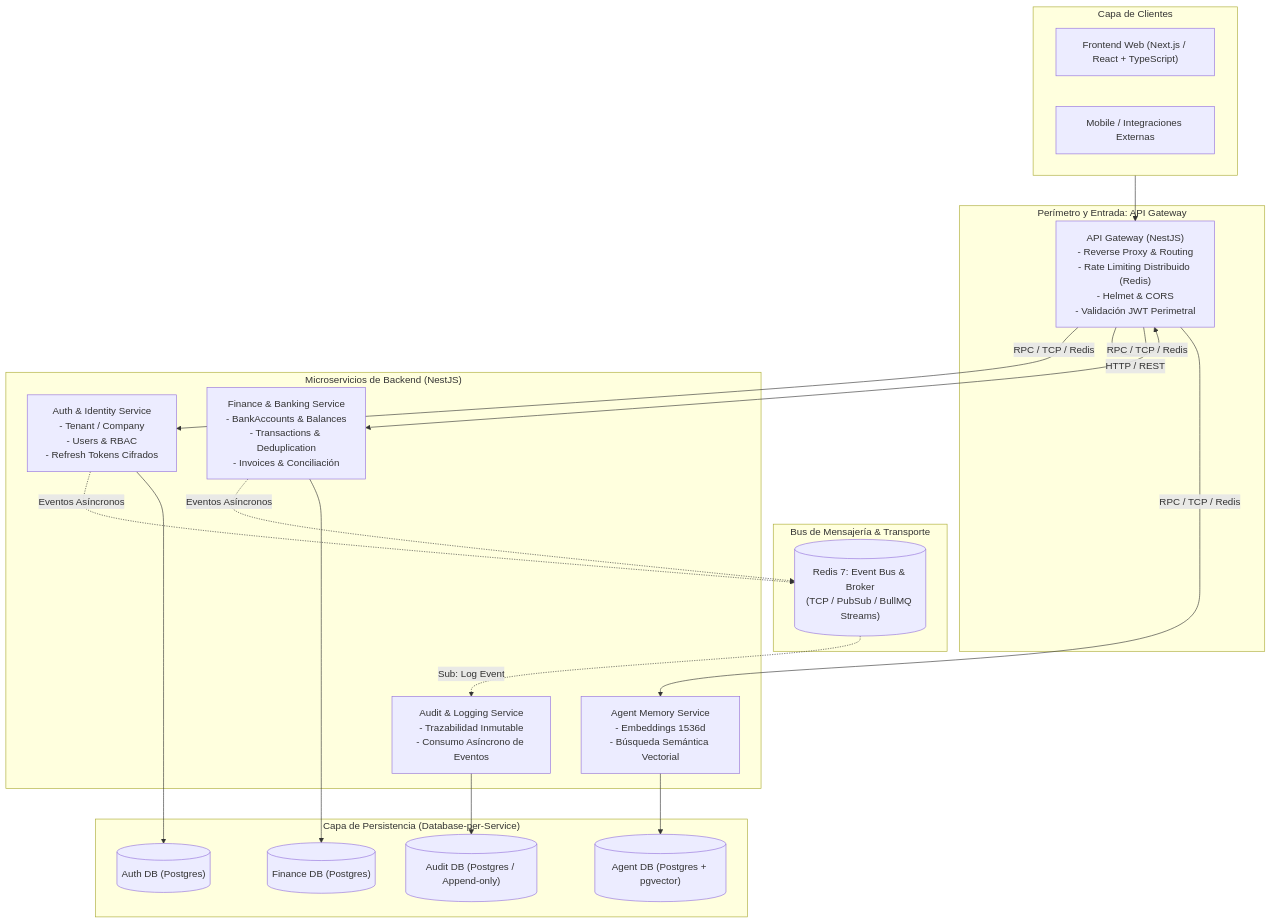
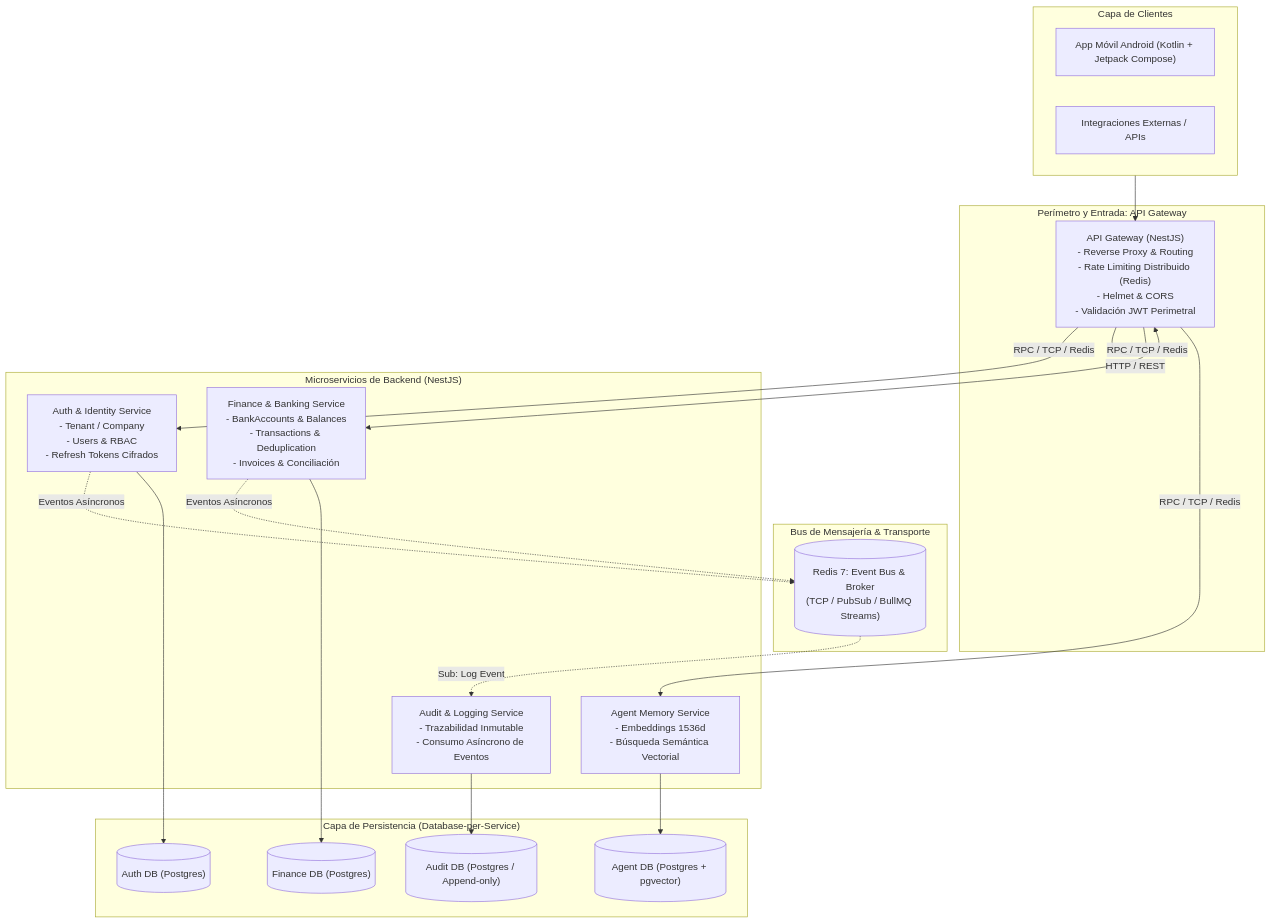
Before and after one commit to CoffeLovers/mybusiness: the diagram in README.md, drawn with Mermaid. The commit also changed other lines of this file and 71 other files, not shown here.

First line of the commit message:
chore(monorepo): scaffold NestJS microservices and align docs with Kotlin mobile client (#17)

````diff
--- a/README.md
+++ b/README.md
@@ -18,59 +18,59 @@
 ```mermaid
 flowchart TD
     subgraph Clients ["Capa de Clientes"]
-        WebClient["Frontend Web (Next.js / React + TypeScript)"]
-        MobileClient["Mobile / Integraciones Externas"]
+        MobileClient["App Móvil Android (Kotlin + Jetpack Compose)"]
+        ExternalClient["Integraciones Externas / APIs"]
     end
 
     subgraph GatewayLayer ["Perímetro y Entrada: API Gateway"]
         Gateway["API Gateway (NestJS)
 - Reverse Proxy & Routing
 - Rate Limiting Distribuido (Redis)
 - Helmet & CORS
 - Validación JWT Perimetral"]
     end
 
     subgraph EventBroker ["Bus de Mensajería & Transporte"]
         RedisBus[("Redis 7: Event Bus & Broker
 (TCP / PubSub / BullMQ Streams)")]
     end
 
     subgraph Microservices ["Microservicios de Backend (NestJS)"]
         AuthService["Auth & Identity Service
 - Tenant / Company
 - Users & RBAC
 - Refresh Tokens Cifrados"]
         FinanceService["Finance & Banking Service
 - BankAccounts & Balances
 - Transactions & Deduplication
 - Invoices & Conciliación"]
         AgentService["Agent Memory Service
 - Embeddings 1536d
 - Búsqueda Semántica Vectorial"]
         AuditService["Audit & Logging Service
 - Trazabilidad Inmutable
 - Consumo Asíncrono de Eventos"]
     end
 
     subgraph Persistence ["Capa de Persistencia (Database-per-Service)"]
         AuthDB[("Auth DB (Postgres)")]
         FinanceDB[("Finance DB (Postgres)")]
         AgentDB[("Agent DB (Postgres + pgvector)")]
         AuditDB[("Audit DB (Postgres / Append-only)")]
     end
 
     Clients --> Gateway
     Gateway -->|HTTP / REST| Gateway
     Gateway -->|RPC / TCP / Redis| AuthService
     Gateway -->|RPC / TCP / Redis| FinanceService
     Gateway -->|RPC / TCP / Redis| AgentService
 
     AuthService -.->|Eventos Asíncronos| RedisBus
     FinanceService -.->|Eventos Asíncronos| RedisBus
     RedisBus -.->|Sub: Log Event| AuditService
 
     AuthService --> AuthDB
     FinanceService --> FinanceDB
     AgentService --> AgentDB
     AuditService --> AuditDB
 ```
````
